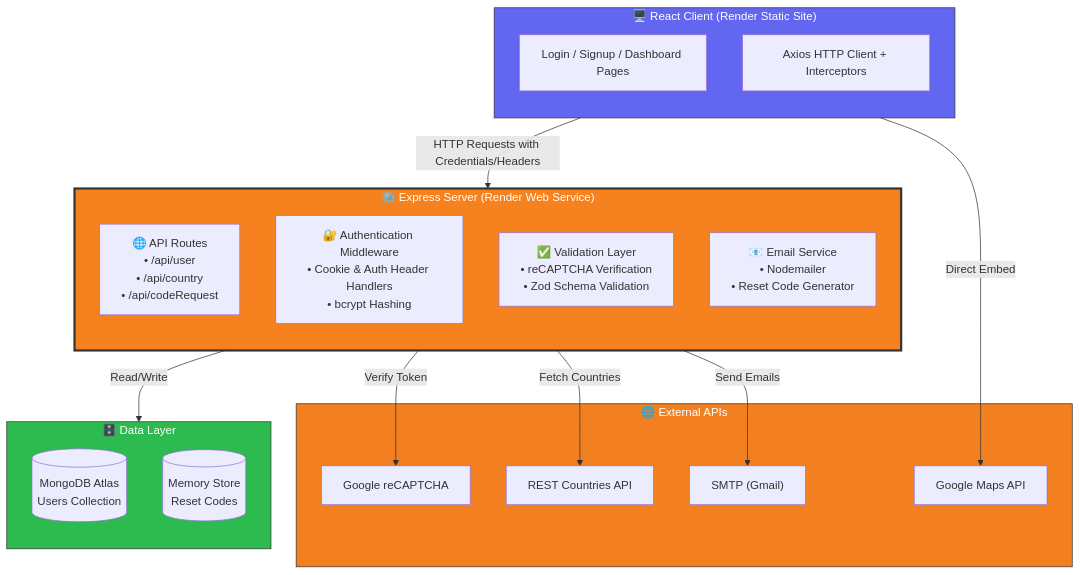
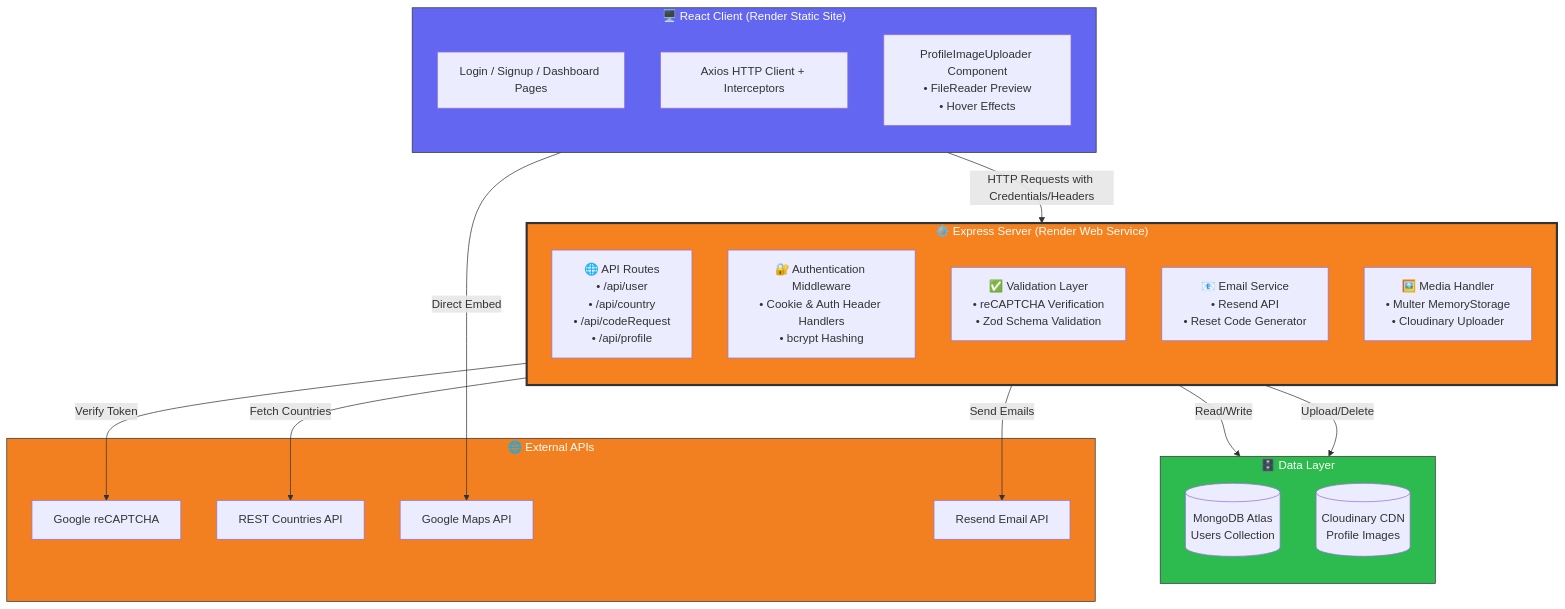
The diagram in README.md (Mel000000/Authentication-User-Dashboard-App), drawn with Mermaid before and after one commit. The commit also changed other lines of this file, not shown here.

First line of the commit message:
Update README with media upload and tech version changes

````diff
--- a/README.md
+++ b/README.md
@@ -95,44 +103,48 @@
 ```mermaid
 flowchart TB
     subgraph Client["🖥️ React Client (Render Static Site)"]
         direction TB
         A["Login / Signup / Dashboard Pages"]
         B["Axios HTTP Client + Interceptors"]
+        A2["ProfileImageUploader Component<br/>• FileReader Preview<br/>• Hover Effects"]
     end
 
     subgraph Server["⚙️ Express Server (Render Web Service)"]
         direction TB
-        C["🌐 API Routes<br/>• /api/user<br/>• /api/country<br/>• /api/codeRequest"]
+        C["🌐 API Routes<br/>• /api/user<br/>• /api/country<br/>• /api/codeRequest<br/>• /api/profile"]
         
         D["🔐 Authentication Middleware<br/>• Cookie & Auth Header Handlers<br/>• bcrypt Hashing"]
         
         E["✅ Validation Layer<br/>• reCAPTCHA Verification<br/>• Zod Schema Validation"]
         
-        F["📧 Email Service<br/>• Nodemailer<br/>• Reset Code Generator"]
+        F["📧 Email Service<br/>• Resend API<br/>• Reset Code Generator"]
+        
+        G["🖼️ Media Handler<br/>• Multer MemoryStorage<br/>• Cloudinary Uploader"]
     end
 
     subgraph Data["🗄️ Data Layer"]
         direction TB
-        G[("MongoDB Atlas<br/>Users Collection")]
-        H[("Memory Store<br/>Reset Codes")]
+        H[("MongoDB Atlas<br/>Users Collection")]
+        I[("Cloudinary CDN<br/>Profile Images")]
     end
 
     subgraph External["🌐 External APIs"]
-        I["Google reCAPTCHA"]
-        J["REST Countries API"]
-        K["Google Maps API"]
-        L["SMTP (Gmail)"]
+        J["Google reCAPTCHA"]
+        K["REST Countries API"]
+        L["Google Maps API"]
+        M["Resend Email API"]
     end
 
     Client -->|HTTP Requests with Credentials/Headers| Server
-    Server -->|Read/Write| Data
-    Server -->|Verify Token| I
-    Server -->|Fetch Countries| J
-    Client -->|Direct Embed| K
-    Server -->|Send Emails| L
+    Server -->|Read/Write| H
+    Server -->|Upload/Delete| I
+    Server -->|Verify Token| J
+    Server -->|Fetch Countries| K
+    Client -->|Direct Embed| L
+    Server -->|Send Emails| M
 
     style Client fill:#6366F1,color:#fff,stroke:#333,stroke-width:1px
     style Server fill:#F6821F,color:#fff,stroke:#333,stroke-width:3px
     style Data fill:#2DBA4E,color:#fff,stroke:#333,stroke-width:1px
     style External fill:#F38020,color:#fff,stroke:#333,stroke-width:1px
 ```
````
